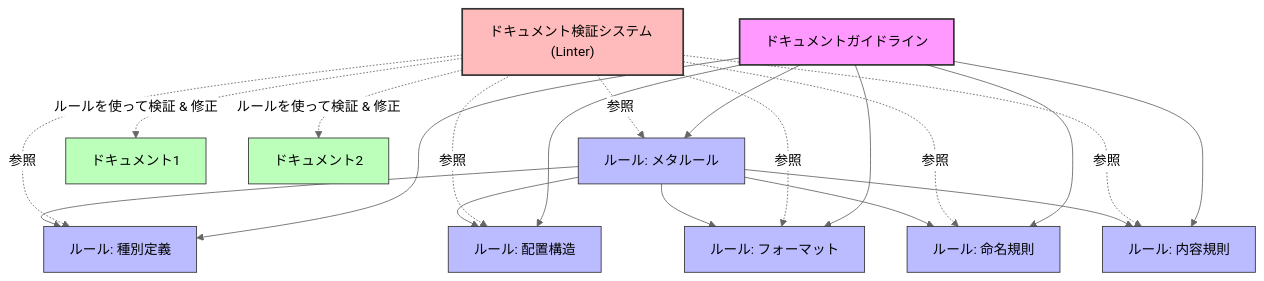
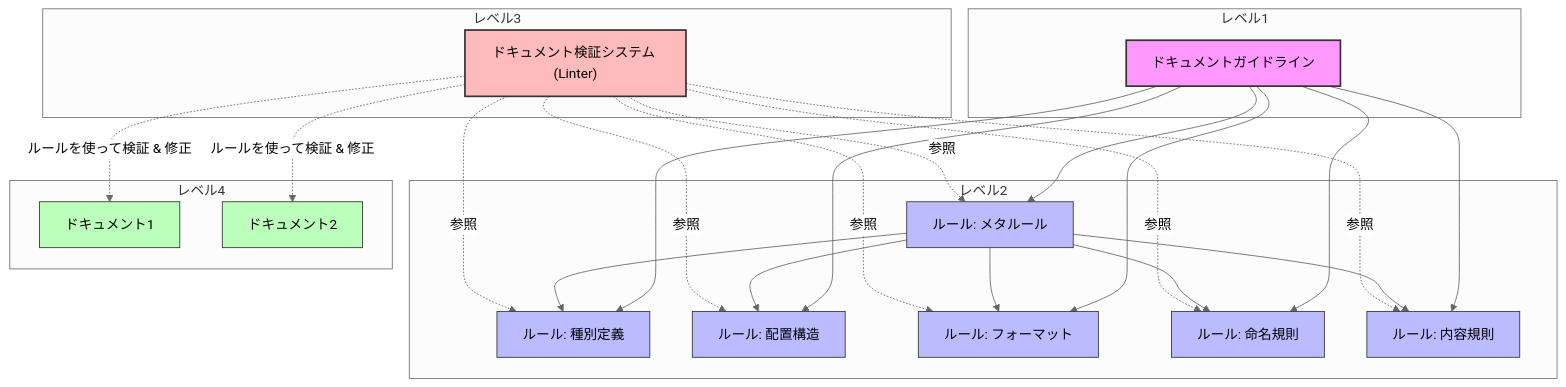
The second of 2 diagrams in Guideline.md (ToyB0x/ai-coding-rules), drawn with Mermaid (neutral theme) before and after one commit. The commit also changed other lines of this file and 1 other file, not shown here.

Commit message:
docs: update mermaid diagrams for improved structure and clarity in guidelines

````diff
--- a/Guideline.md
+++ b/Guideline.md
@@ -83,36 +103,58 @@
 ```mermaid
-graph TD
-  A["ドキュメントガイドライン"] --> B1["ルール: 種別定義"]
-  A --> B2["ルール: 配置構造"]
-  A --> B3["ルール: フォーマット"]
-  A --> B4["ルール: 命名規則"]
-  A --> B5["ルール: 内容規則"]
-  A --> B6["ルール: メタルール"]
+graph TB
+  subgraph レベル1["レベル1"]
+    A["ドキュメントガイドライン"]
+  end
   
-  D["ドキュメント検証システム (Linter)"] -.-> |"参照"| B1
-  D -.-> |"参照"| B2
-  D -.-> |"参照"| B3
-  D -.-> |"参照"| B4
-  D -.-> |"参照"| B5
-  D -.-> |"参照"| B6
+  subgraph レベル2["レベル2"]
+    B1["ルール: 種別定義"]
+    B2["ルール: 配置構造"]
+    B3["ルール: フォーマット"]
+    B4["ルール: 命名規則"]
+    B5["ルール: 内容規則"]
+    B6["ルール: メタルール"]
+  end
+  
+  subgraph レベル3["レベル3"]
+    D["ドキュメント検証システム (Linter)"]
+  end
+  
+  subgraph レベル4["レベル4"]
+    C1["ドキュメント1"]
+    C2["ドキュメント2"]
+  end
+  
+  A --> B1
+  A --> B2
+  A --> B3
+  A --> B4
+  A --> B5
+  A --> B6
   
   B6 --> B1
   B6 --> B2
   B6 --> B3
   B6 --> B4
   B6 --> B5
   
-  D -.-> |"ルールを使って検証 & 修正"| C1["ドキュメント1"]
-  D -.-> |"ルールを使って検証 & 修正"| C2["ドキュメント2"]
+  D -.-> |"参照"| B1
+  D -.-> |"参照"| B2
+  D -.-> |"参照"| B3
+  D -.-> |"参照"| B4
+  D -.-> |"参照"| B5
+  D -.-> |"参照"| B6
+  
+  D -.-> |"ルールを使って検証 & 修正"| C1
+  D -.-> |"ルールを使って検証 & 修正"| C2
   
   style A fill:#f9f,stroke:#333,stroke-width:2px
   style B1 fill:#bbf,stroke:#333,stroke-width:1px
   style B2 fill:#bbf,stroke:#333,stroke-width:1px
   style B3 fill:#bbf,stroke:#333,stroke-width:1px
   style B4 fill:#bbf,stroke:#333,stroke-width:1px
   style B5 fill:#bbf,stroke:#333,stroke-width:1px
   style B6 fill:#bbf,stroke:#333,stroke-width:1px
   style C1 fill:#bfb,stroke:#333,stroke-width:1px
   style C2 fill:#bfb,stroke:#333,stroke-width:1px
   style D fill:#fbb,stroke:#333,stroke-width:2px
 ```
````
